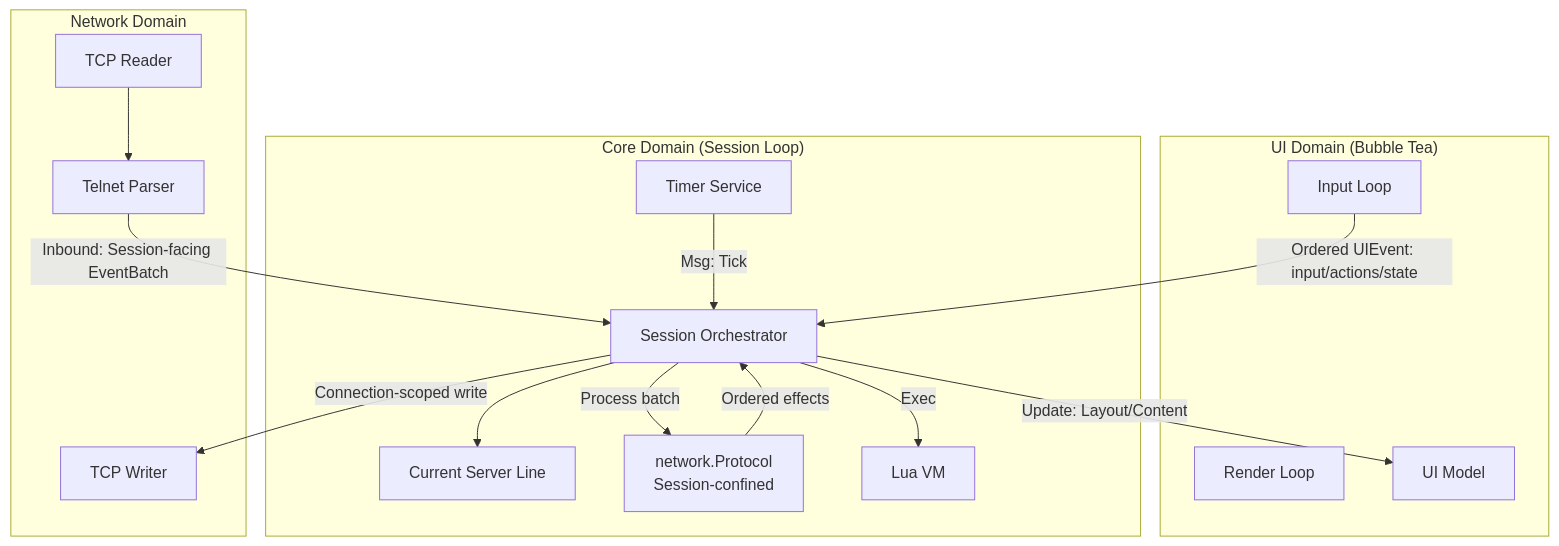
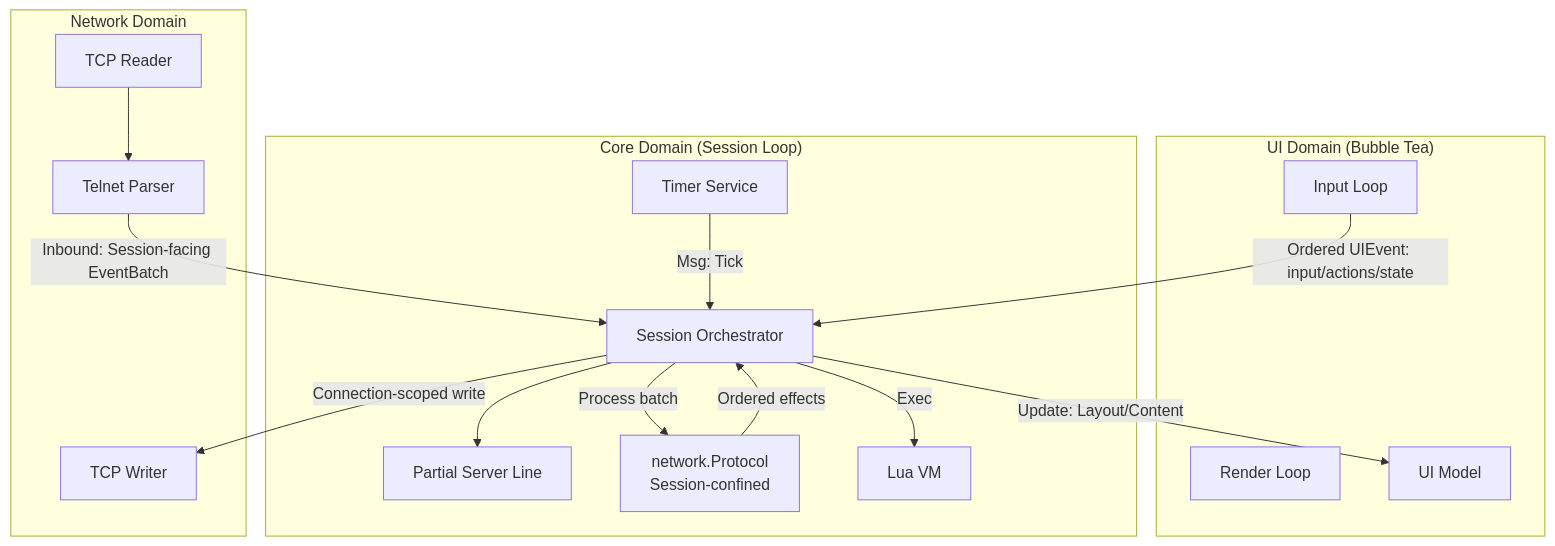
The diagram in docs/architecture.md (mmcdole/rune), drawn with Mermaid before and after one commit. The commit also changed other lines of this file and 54 other files, not shown here.

````diff
--- a/docs/architecture.md
+++ b/docs/architecture.md
@@ -21,35 +21,35 @@
 ```mermaid
 graph TD
     subgraph "UI Domain (Bubble Tea)"
         Input[Input Loop]
         Render[Render Loop]
         Model[UI Model]
     end
 
     subgraph "Core Domain (Session Loop)"
         Session[Session Orchestrator]
-        ServerLine[Current Server Line]
+        PartialLine[Partial Server Line]
         Protocol[network.Protocol<br/>Session-confined]
         Lua[Lua VM]
         Timer[Timer Service]
     end
 
     subgraph "Network Domain"
         NetRead[TCP Reader]
         NetWrite[TCP Writer]
         Parser[Telnet Parser]
     end
 
     %% Data Flow
     Input -->|Ordered UIEvent: input/actions/state| Session
     NetRead --> Parser
     Parser -->|Inbound: Session-facing EventBatch| Session
     Timer -->|Msg: Tick| Session
 
     Session -->|Process batch| Protocol
     Protocol -->|Ordered effects| Session
-    Session --> ServerLine
+    Session --> PartialLine
     Session -->|Update: Layout/Content| Model
     Session -->|Connection-scoped write| NetWrite
     Session -->|Exec| Lua
 ```
````
